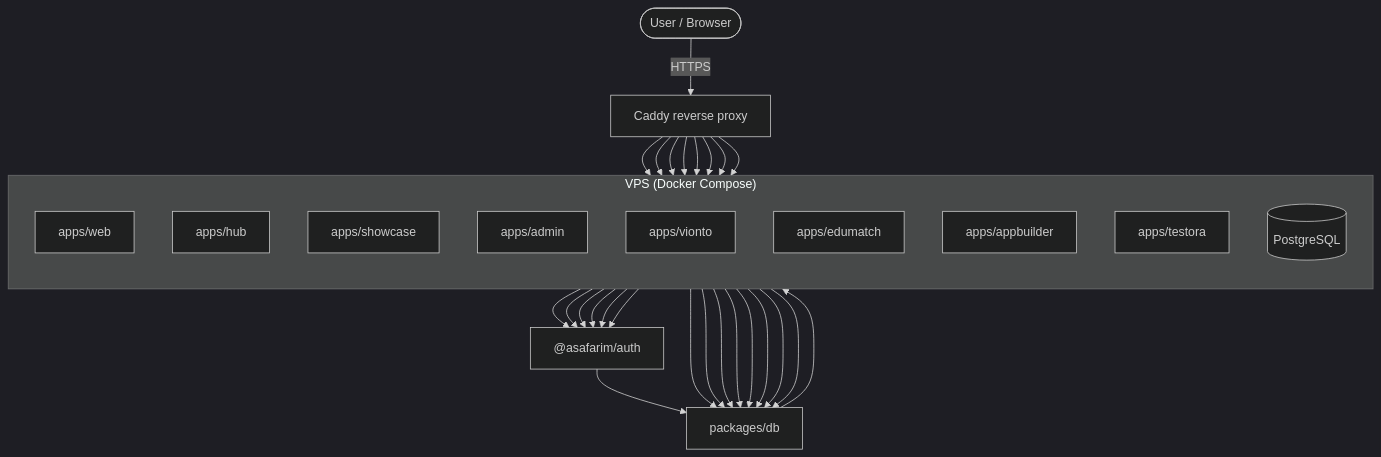
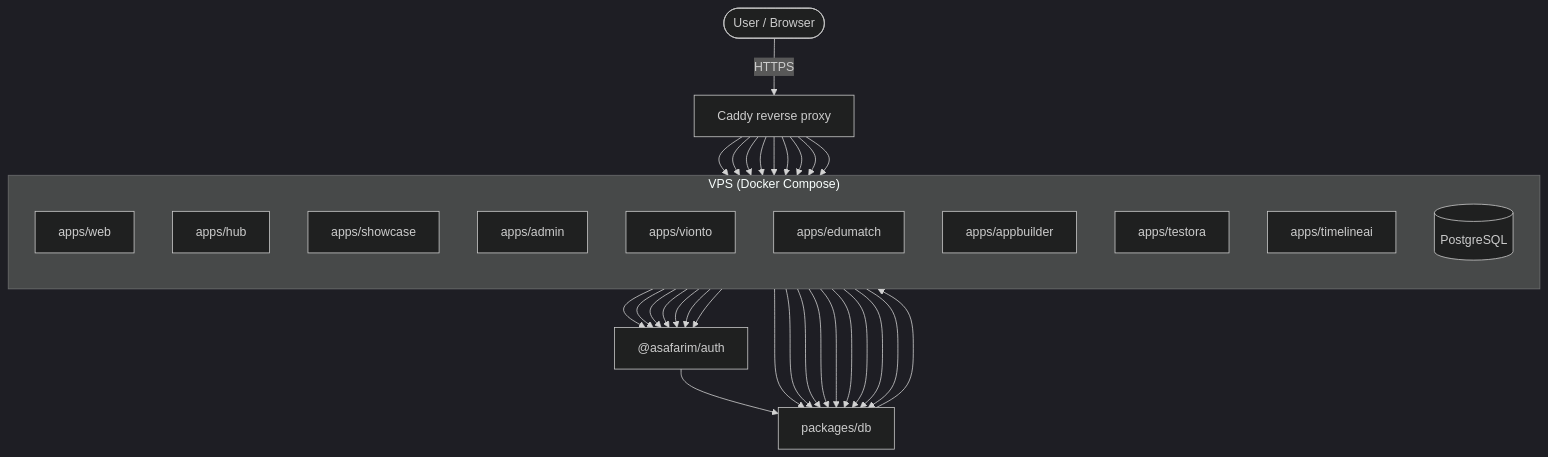
One commit to AliSafari-IT/asafarim-platform changed the first of 3 diagrams in README.md. Above: the diagram before and after it, drawn with Mermaid (dark theme). The commit also changed other lines of this file and 14 other files, not shown here.

First line of the commit message:
docs: update README with TimelineAI, AppBuilder, Testora details and expanded package descriptions

````diff
--- a/README.md
+++ b/README.md
@@ -15,45 +18,49 @@
 ```mermaid
 flowchart TD
     User([User / Browser])
     Caddy[Caddy reverse proxy]
     subgraph VPS ["VPS (Docker Compose)"]
         direction TB
         Web[apps/web]
         Hub[apps/hub]
         Showcase[apps/showcase]
         Admin[apps/admin]
         Vionto[apps/vionto]
         EduMatch[apps/edumatch]
         AppBuilder[apps/appbuilder]
         Testora[apps/testora]
+        TimelineAI[apps/timelineai]
         Postgres[(PostgreSQL)]
     end
     Auth["@asafarim/auth"]
     DB["packages/db"]
 
     User -->|HTTPS| Caddy
     Caddy --> Web
     Caddy --> Hub
     Caddy --> Showcase
     Caddy --> Admin
     Caddy --> Vionto
     Caddy --> EduMatch
     Caddy --> AppBuilder
     Caddy --> Testora
+    Caddy --> TimelineAI
     Web --> DB
     Hub --> DB
     Showcase --> DB
     Admin --> DB
     Vionto --> DB
     EduMatch --> DB
     AppBuilder --> DB
     Testora --> DB
+    TimelineAI --> DB
     Hub --> Auth
     Admin --> Auth
     Vionto --> Auth
     EduMatch --> Auth
     AppBuilder --> Auth
     Testora --> Auth
+    TimelineAI --> Auth
     Auth --> DB
     DB --> Postgres
 ```
````
